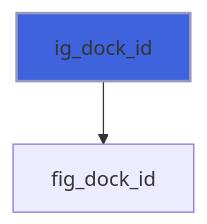
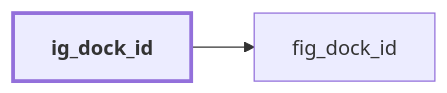
The eighth of 9 diagrams in docs/api/src/lib/figure_dock.md (szaghi/figure), drawn with Mermaid before and after one commit. The commit also changed other lines of this file and 54 other files, not shown here.

````diff
--- a/docs/api/src/lib/figure_dock.md
+++ b/docs/api/src/lib/figure_dock.md
@@ -250,5 +281,7 @@
 ```mermaid
-flowchart TD
+flowchart LR
   ig_dock_id["ig_dock_id"] --> fig_dock_id["fig_dock_id"]
-  style ig_dock_id fill:#3e63dd,stroke:#99b,stroke-width:2px
+  classDef focus stroke-width:3px,font-weight:bold
+  class ig_dock_id focus
+  click fig_dock_id href "figure_c_native.html#fig-dock-id" "fig_dock_id"
 ```
````
